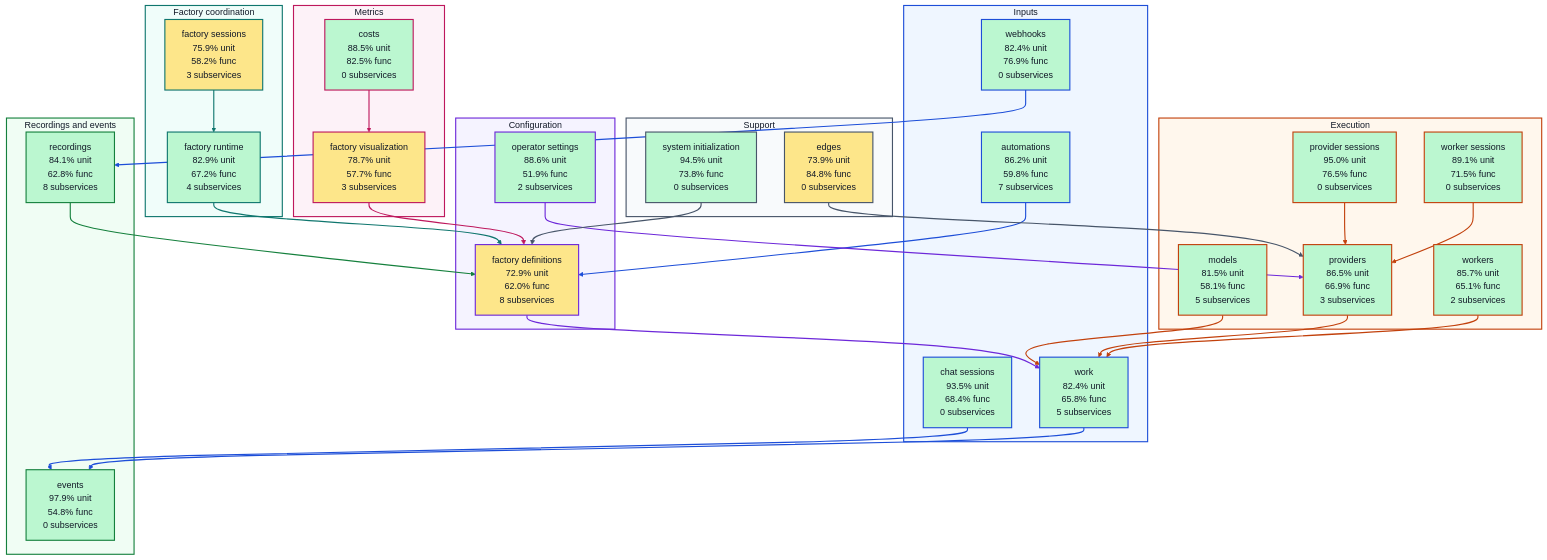
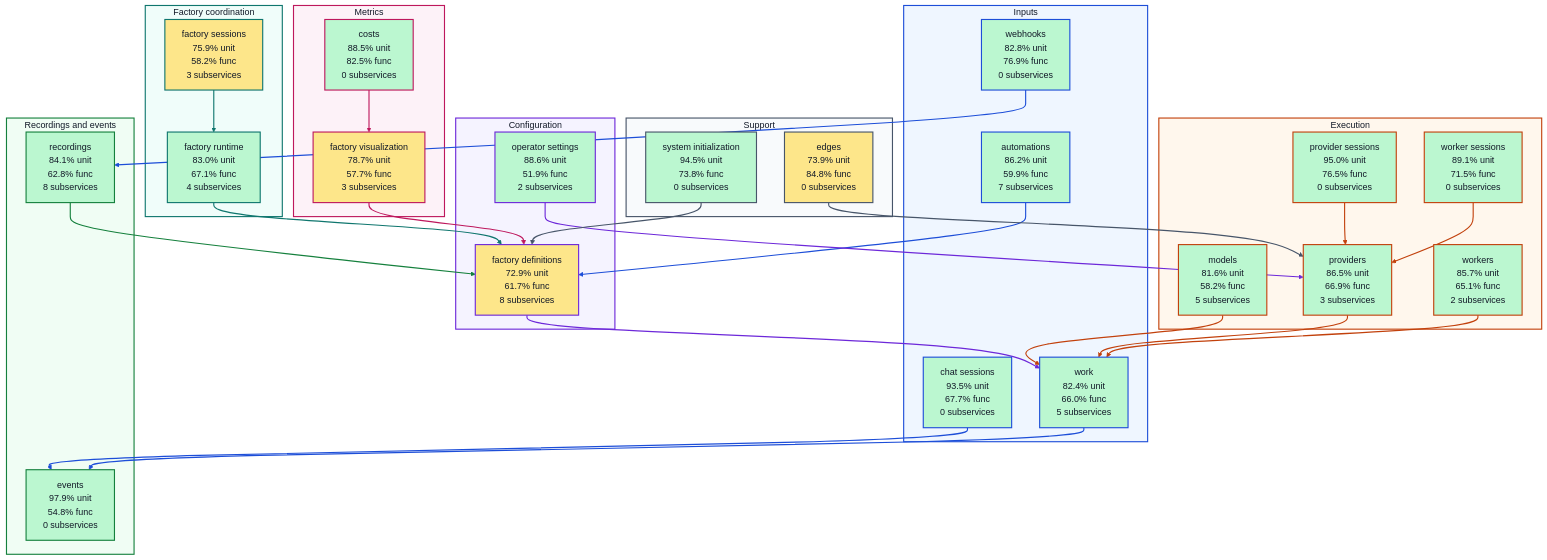
The diagram in docs/architecture/visualizations/high-level-test-coverage.md (portpowered/you-agent-factory), drawn with Mermaid (neutral theme) before and after one commit. The commit also changed other lines of this file and 20 other files, not shown here.

Commit message:
docs: refresh backend architecture visualizations

````diff
--- a/docs/architecture/visualizations/high-level-test-coverage.md
+++ b/docs/architecture/visualizations/high-level-test-coverage.md
@@ -11,21 +11,21 @@
 ```mermaid
 flowchart TB
   subgraph input["Inputs"]
-    s_services_automations["automations<br/>86.2% unit<br/>59.8% func<br/>7 subservices"]
-    s_services_chat_sessions["chat sessions<br/>93.5% unit<br/>68.4% func<br/>0 subservices"]
-    s_services_webhooks["webhooks<br/>82.4% unit<br/>76.9% func<br/>0 subservices"]
-    s_services_work["work<br/>82.4% unit<br/>65.8% func<br/>5 subservices"]
+    s_services_automations["automations<br/>86.2% unit<br/>59.9% func<br/>7 subservices"]
+    s_services_chat_sessions["chat sessions<br/>93.5% unit<br/>67.7% func<br/>0 subservices"]
+    s_services_webhooks["webhooks<br/>82.8% unit<br/>76.9% func<br/>0 subservices"]
+    s_services_work["work<br/>82.4% unit<br/>66.0% func<br/>5 subservices"]
   end
   subgraph configuration["Configuration"]
-    s_services_factory_definitions["factory definitions<br/>72.9% unit<br/>62.0% func<br/>8 subservices"]
+    s_services_factory_definitions["factory definitions<br/>72.9% unit<br/>61.7% func<br/>8 subservices"]
     s_services_operator_settings["operator settings<br/>88.6% unit<br/>51.9% func<br/>2 subservices"]
   end
   subgraph coordination["Factory coordination"]
-    s_services_factory_runtime["factory runtime<br/>82.9% unit<br/>67.2% func<br/>4 subservices"]
+    s_services_factory_runtime["factory runtime<br/>83.0% unit<br/>67.1% func<br/>4 subservices"]
     s_services_factory_sessions["factory sessions<br/>75.9% unit<br/>58.2% func<br/>3 subservices"]
   end
   subgraph execution["Execution"]
-    s_services_models["models<br/>81.5% unit<br/>58.1% func<br/>5 subservices"]
+    s_services_models["models<br/>81.6% unit<br/>58.2% func<br/>5 subservices"]
     s_services_provider_sessions["provider sessions<br/>95.0% unit<br/>76.5% func<br/>0 subservices"]
     s_services_providers["providers<br/>86.5% unit<br/>66.9% func<br/>3 subservices"]
     s_services_worker_sessions["worker sessions<br/>89.1% unit<br/>71.5% func<br/>0 subservices"]
````
